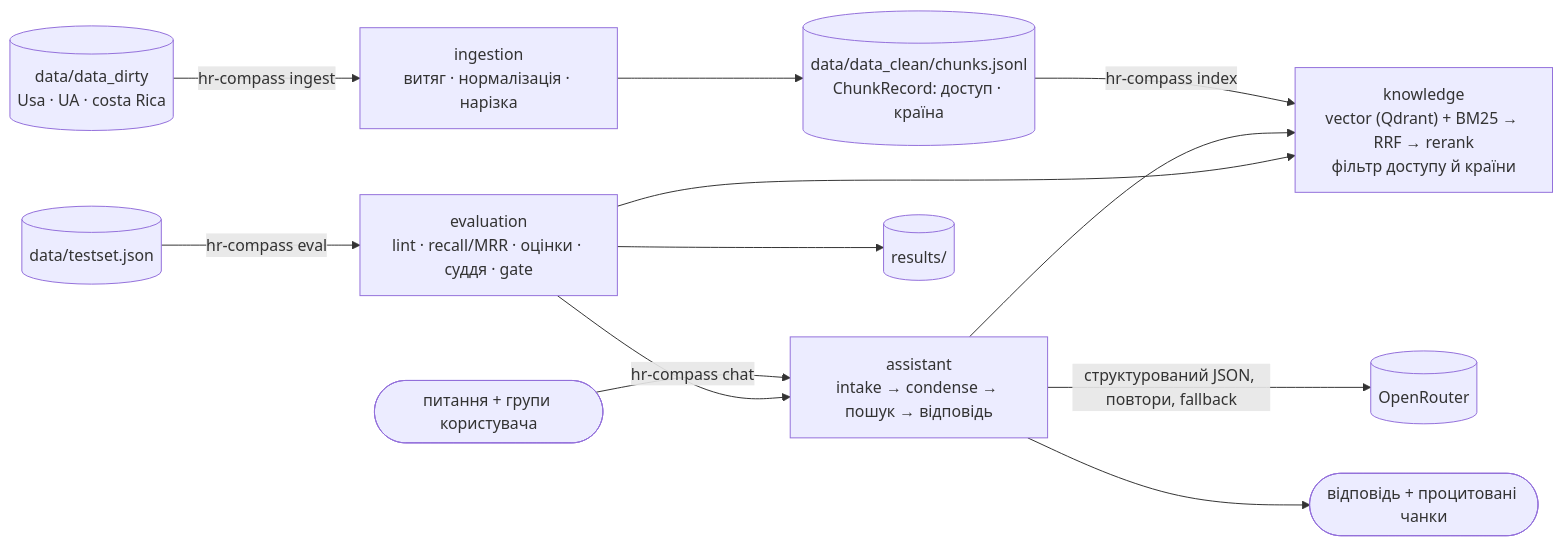
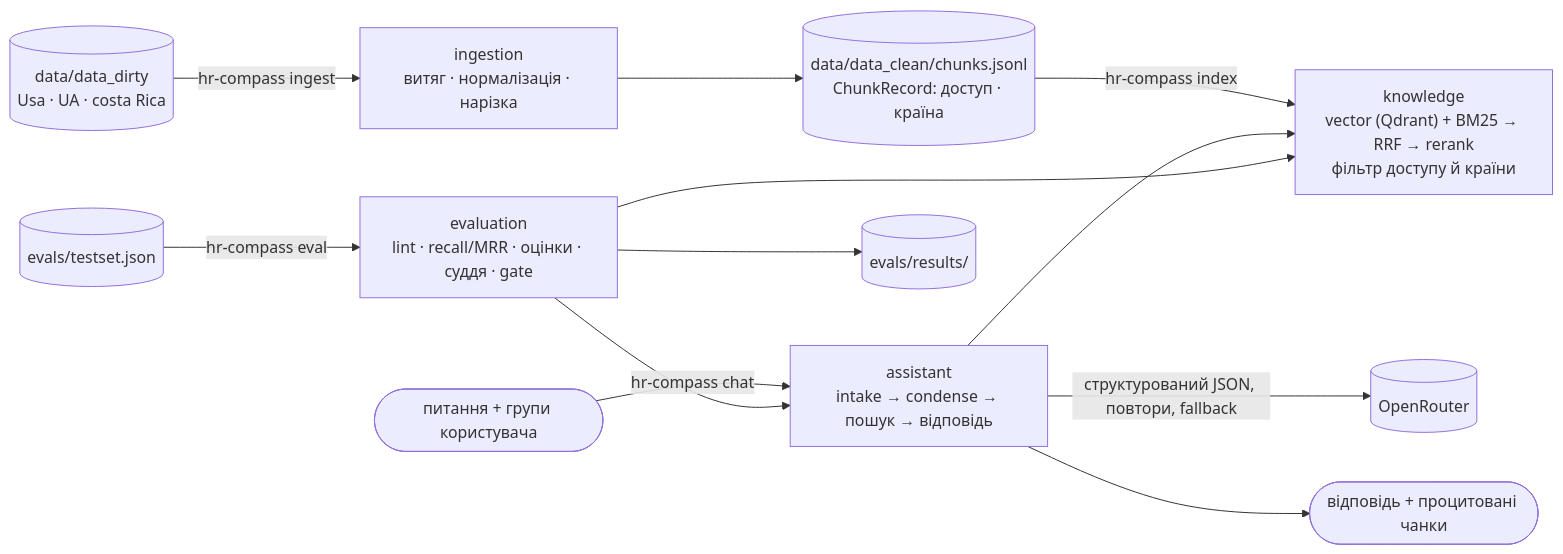
The diagram in README.uk.md (Yurchis/HR-Compas), drawn with Mermaid before and after one commit. The commit also changed other lines of this file and 40 other files, not shown here.

First line of the commit message:
Collect the evals in evals/: testset, labels, review sheet, results

````diff
--- a/README.uk.md
+++ b/README.uk.md
@@ -42,14 +43,14 @@
 ```mermaid
 flowchart LR
     DOCS[("data/data_dirty<br/>Usa · UA · costa Rica")] -->|hr-compass ingest| ING["ingestion<br/>витяг · нормалізація · нарізка"]
     ING --> CHUNKS[("data/data_clean/chunks.jsonl<br/>ChunkRecord: доступ · країна")]
     CHUNKS -->|hr-compass index| KN["knowledge<br/>vector (Qdrant) + BM25 → RRF → rerank<br/>фільтр доступу й країни"]
     Q(["питання + групи користувача"]) -->|hr-compass chat| AS["assistant<br/>intake → condense → пошук → відповідь"]
     AS --> KN
     AS -->|"структурований JSON, повтори, fallback"| OR[("OpenRouter")]
     AS --> R(["відповідь + процитовані чанки"])
-    TS[("data/testset.json")] -->|hr-compass eval| EV["evaluation<br/>lint · recall/MRR · оцінки · суддя · gate"]
+    TS[("evals/testset.json")] -->|hr-compass eval| EV["evaluation<br/>lint · recall/MRR · оцінки · суддя · gate"]
     EV --> KN
     EV --> AS
-    EV --> RES[("results/")]
+    EV --> RES[("evals/results/")]
 ```
````
